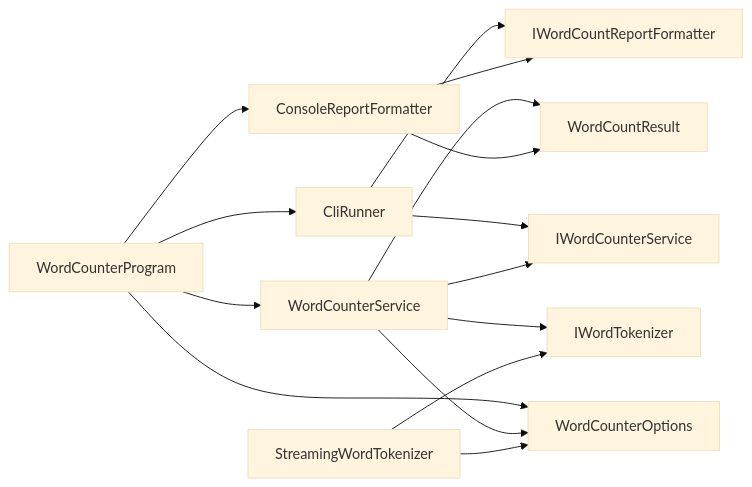
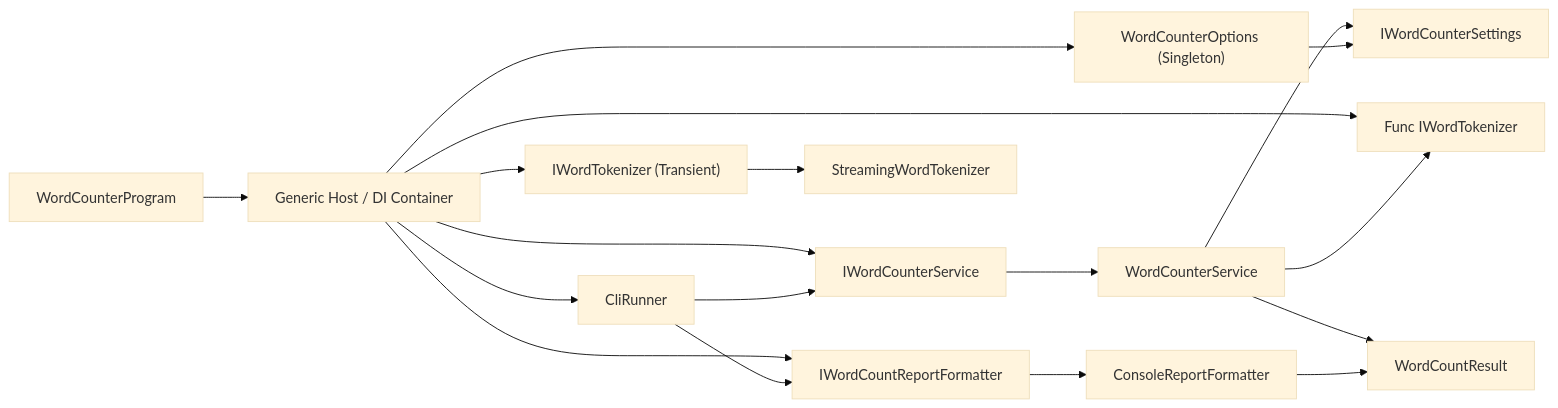
Before and after one commit to popovicidaniela/unique-word-occurences-across-files: the diagram in README.md, drawn with Mermaid (base theme).

````diff
--- a/README.md
+++ b/README.md
@@ -246,21 +246,25 @@
 ```mermaid
 flowchart LR
-    Program["WordCounterProgram"] --> Options["WordCounterOptions"]
-    Program --> Service["WordCounterService"]
-    Program --> Formatter["ConsoleReportFormatter"]
-    Program --> Runner["CliRunner"]
+   Program["WordCounterProgram"] --> Host["Generic Host / DI Container"]
 
-    Runner --> ICounter["IWordCounterService"]
-    Runner --> IFormatter["IWordCountReportFormatter"]
+   Host --> Runner["CliRunner"]
+   Host --> ICounter["IWordCounterService"]
+   Host --> IFormatter["IWordCountReportFormatter"]
+   Host --> ITokenizer["IWordTokenizer (Transient)"]
+   Host --> Factory["Func IWordTokenizer"]
+   Host --> Options["WordCounterOptions (Singleton)"]
 
-    Service --> ICounter
-    Service --> Options
-    Service --> ITokenizer["IWordTokenizer"]
-    Service --> Result["WordCountResult"]
+   Runner --> ICounter
+   Runner --> IFormatter
 
-    Formatter --> IFormatter
-    Formatter --> Result
+   ICounter --> Service["WordCounterService"]
+   IFormatter --> Formatter["ConsoleReportFormatter"]
+   ITokenizer --> TokenizerImpl["StreamingWordTokenizer"]
 
-    TokenizerImpl["StreamingWordTokenizer"] --> ITokenizer
-    TokenizerImpl --> Options
+   Service --> ISettings["IWordCounterSettings"]
+   Service --> Factory
+   Service --> Result["WordCountResult"]
+
+   Formatter --> Result
+   Options --> ISettings
 ```
````
